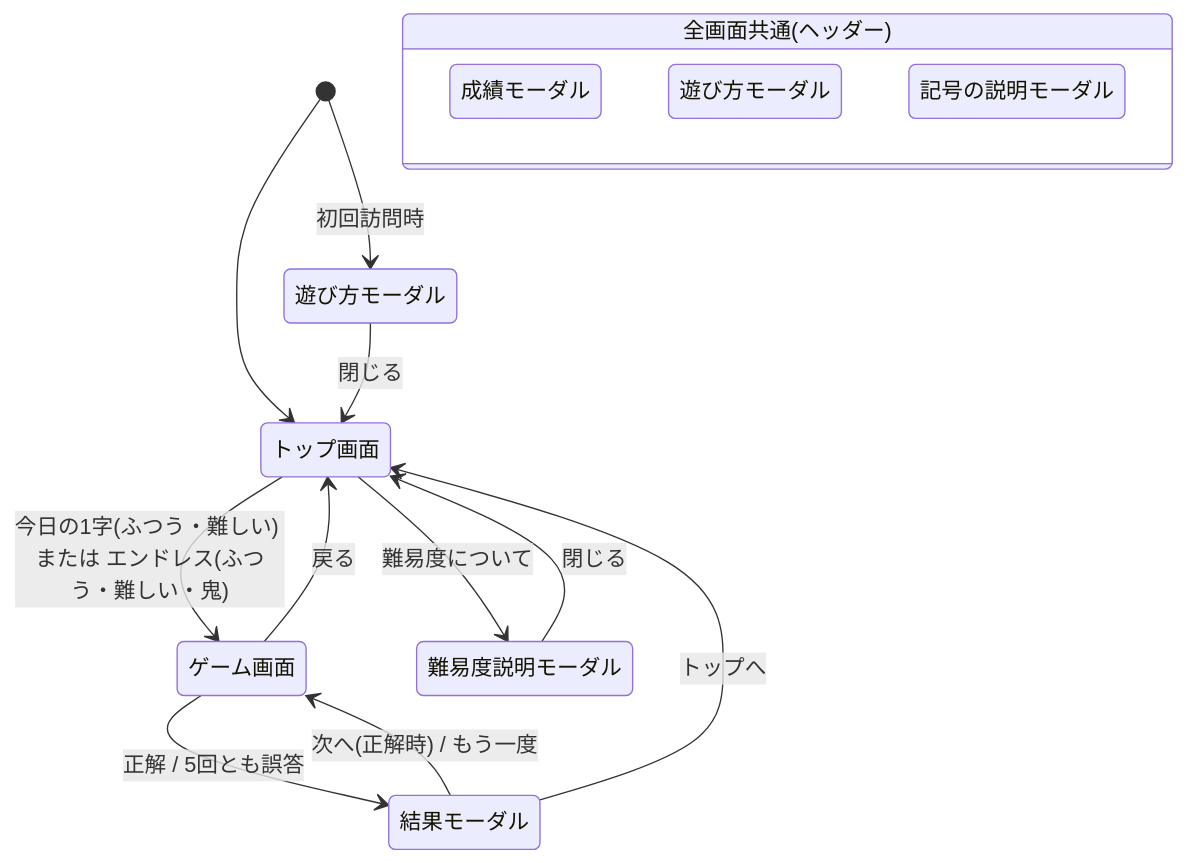
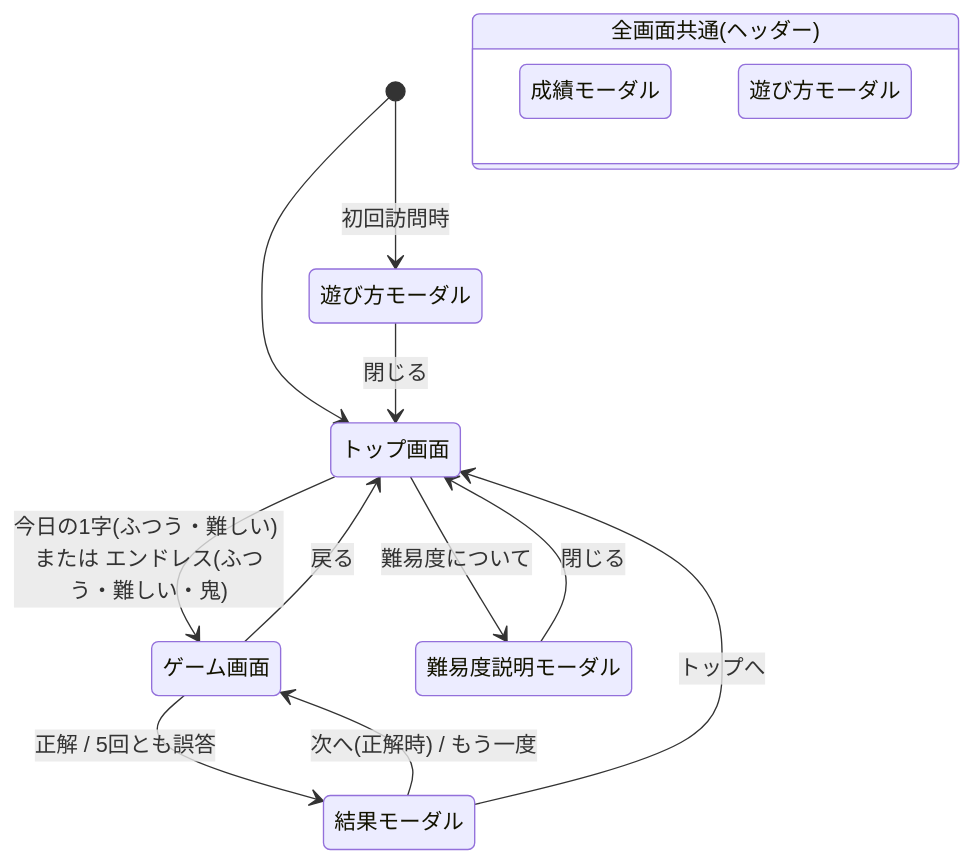
One commit to ur0o/nazotte-kanji changed the diagram in specification/02-ui-and-screens.md. Above: the diagram before and after it, drawn with Mermaid. The commit also changed other lines of this file and 11 other files, not shown here.

````diff
--- a/specification/02-ui-and-screens.md
+++ b/specification/02-ui-and-screens.md
@@ -95,27 +90,26 @@
 ```mermaid
 stateDiagram-v2
     [*] --> Top
     [*] --> HowTo: 初回訪問時
     HowTo --> Top: 閉じる
 
     Top --> Game: 今日の1字(ふつう・難しい) または エンドレス(ふつう・難しい・鬼)
     Top --> DifficultyHelp: 難易度について
     DifficultyHelp --> Top: 閉じる
 
     Game --> Result: 正解 / 5回とも誤答
     Result --> Game: 次へ(正解時) / もう一度
     Result --> Top: トップへ
     Game --> Top: 戻る
 
     state "全画面共通(ヘッダー)" as Common {
         Stats: 成績モーダル
         HowTo2: 遊び方モーダル
-        Symbols: 記号の説明モーダル
     }
 
     Top: トップ画面
     Game: ゲーム画面
     Result: 結果モーダル
     HowTo: 遊び方モーダル
     DifficultyHelp: 難易度説明モーダル
 ```
````
